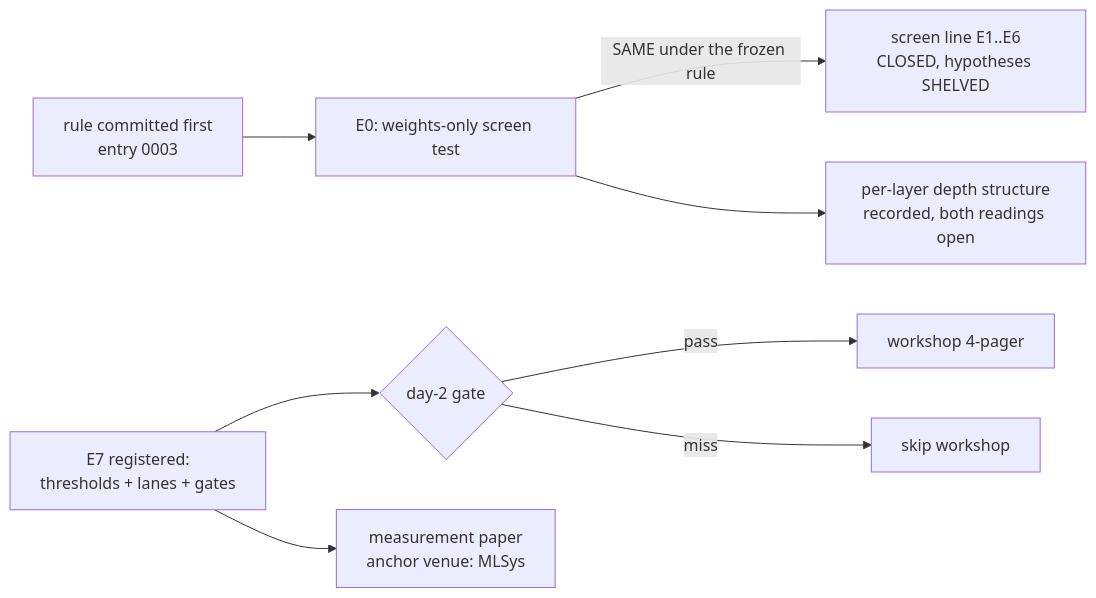
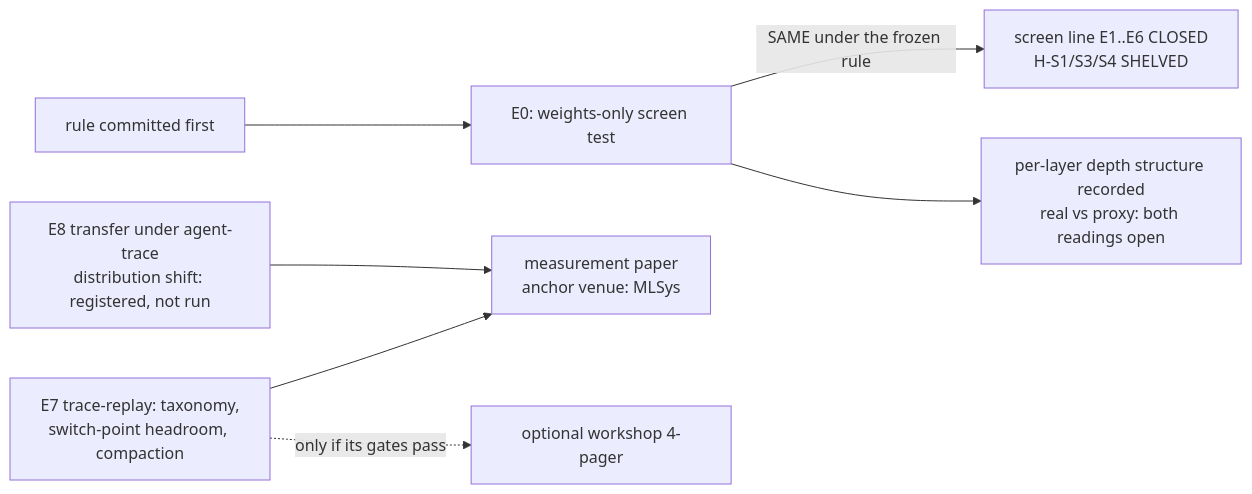
Before and after one commit to hossainpazooki/linear-ceiling: the first of 6 diagrams in README.md, drawn with Mermaid. The commit also changed other lines of this file and 3 other files, not shown here.

Commit message:
docs: README to current state with per-section visuals; SWE-bench trace recon

````diff
--- a/README.md
+++ b/README.md
@@ -10,10 +10,9 @@
 ```mermaid
 flowchart LR
-    RULE[rule committed first<br/>entry 0003] --> E0[E0: weights-only screen test]
-    E0 -->|SAME under the frozen rule| CLOSED[screen line E1..E6<br/>CLOSED, hypotheses SHELVED]
-    E0 --> DEPTH[per-layer depth structure<br/>recorded, both readings open]
-    E7REG[E7 registered:<br/>thresholds + lanes + gates] --> D2{day-2 gate}
-    D2 -->|pass| WS[workshop 4-pager]
-    D2 -->|miss| SKIP[skip workshop]
-    E7REG --> ANCHOR[measurement paper<br/>anchor venue: MLSys]
+    RULE[rule committed first] --> E0[E0: weights-only screen test]
+    E0 -->|SAME under the frozen rule| CLOSED[screen line E1..E6 CLOSED<br/>H-S1/S3/S4 SHELVED]
+    E0 --> DEPTH[per-layer depth structure recorded<br/>real vs proxy: both readings open]
+    E7[E7 trace-replay: taxonomy,<br/>switch-point headroom, compaction] --> ANCHOR[measurement paper<br/>anchor venue: MLSys]
+    E7 -.->|only if its gates pass| WS[optional workshop 4-pager]
+    E8[E8 transfer under agent-trace<br/>distribution shift: registered, not run] --> ANCHOR
 ```
````
